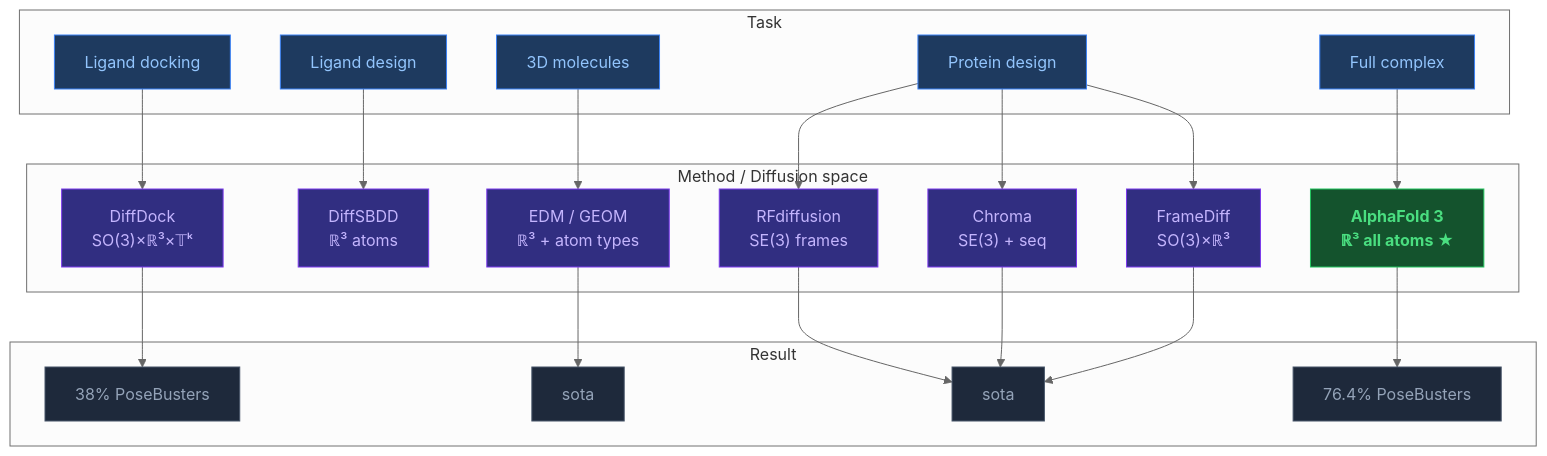
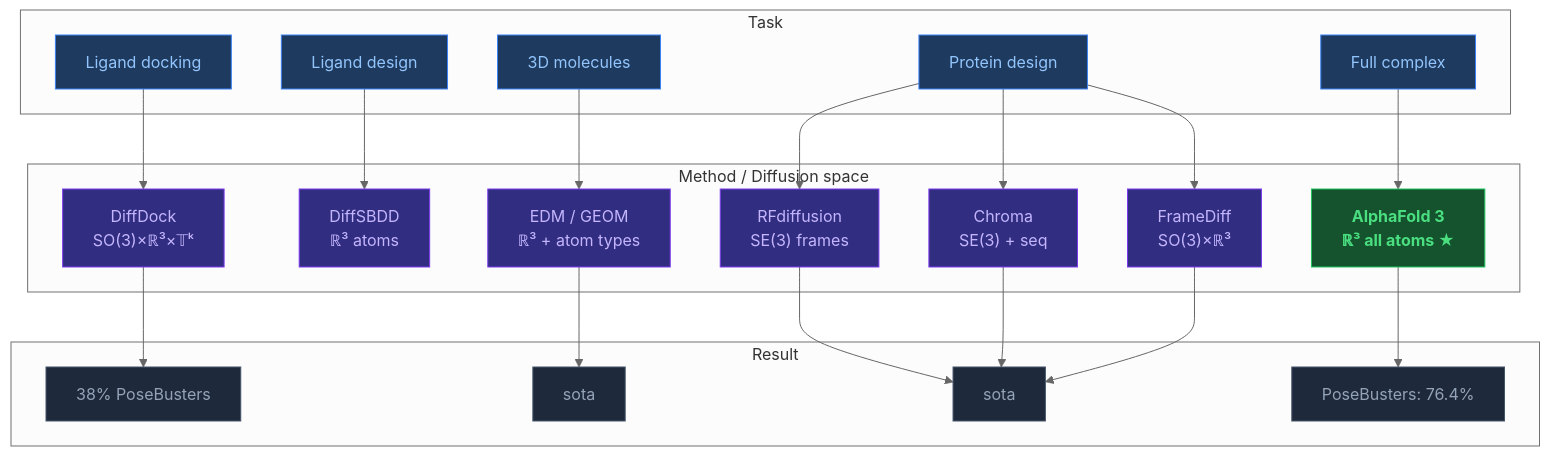
Before and after one commit to OlehVolkov/AlphaFold3-AIGen-KnowledgeBase: the sixth of 8 diagrams in EN/1. AlphaFold3/1.2. Architecture/1.2.4. Diffusion Models — Theory and Applications.md, drawn with Mermaid (neutral theme). The commit also changed other lines of this file and 133 other files, not shown here.

````diff
--- a/EN/1. AlphaFold3/1.2. Architecture/1.2.4. Diffusion Models — Theory and Applications.md
+++ b/EN/1. AlphaFold3/1.2. Architecture/1.2.4. Diffusion Models — Theory and Applications.md
@@ -215,42 +212,42 @@
 ```mermaid
 flowchart TD
     subgraph tasks["Task"]
         D["Ligand docking"]
         L["Ligand design"]
         M["3D molecules"]
         P["Protein design"]
         C["Full complex"]
     end
 
     subgraph methods["Method / Diffusion space"]
         DD["DiffDock<br/>SO(3)×ℝ³×𝕋ᵏ"]
         DS["DiffSBDD<br/>ℝ³ atoms"]
         EDM["EDM / GEOM<br/>ℝ³ + atom types"]
         RF["RFdiffusion<br/>SE(3) frames"]
         CH["Chroma<br/>SE(3) + seq"]
         FD["FrameDiff<br/>SO(3)×ℝ³"]
         AF["AlphaFold 3<br/>ℝ³ all atoms ★"]
     end
 
     subgraph results["Result"]
         R1["38% PoseBusters"]
         R2["sota"]
         R3["sota"]
-        R4["76.4% PoseBusters"]
+        R4["PoseBusters: 76.4%"]
     end
 
     D --> DD --> R1
     L --> DS
     M --> EDM --> R2
     P --> RF & CH & FD --> R3
     C --> AF --> R4
 
     classDef task   fill:#1e3a5f,stroke:#3b82f6,color:#93c5fd
     classDef method fill:#312e81,stroke:#7c3aed,color:#c4b5fd
     classDef best   fill:#14532d,stroke:#22c55e,color:#4ade80,font-weight:bold
     classDef result fill:#1e293b,stroke:#475569,color:#94a3b8
     class D,L,M,P,C task
     class DD,DS,EDM,RF,CH,FD method
     class AF best
     class R1,R2,R3,R4 result
 ```
````
